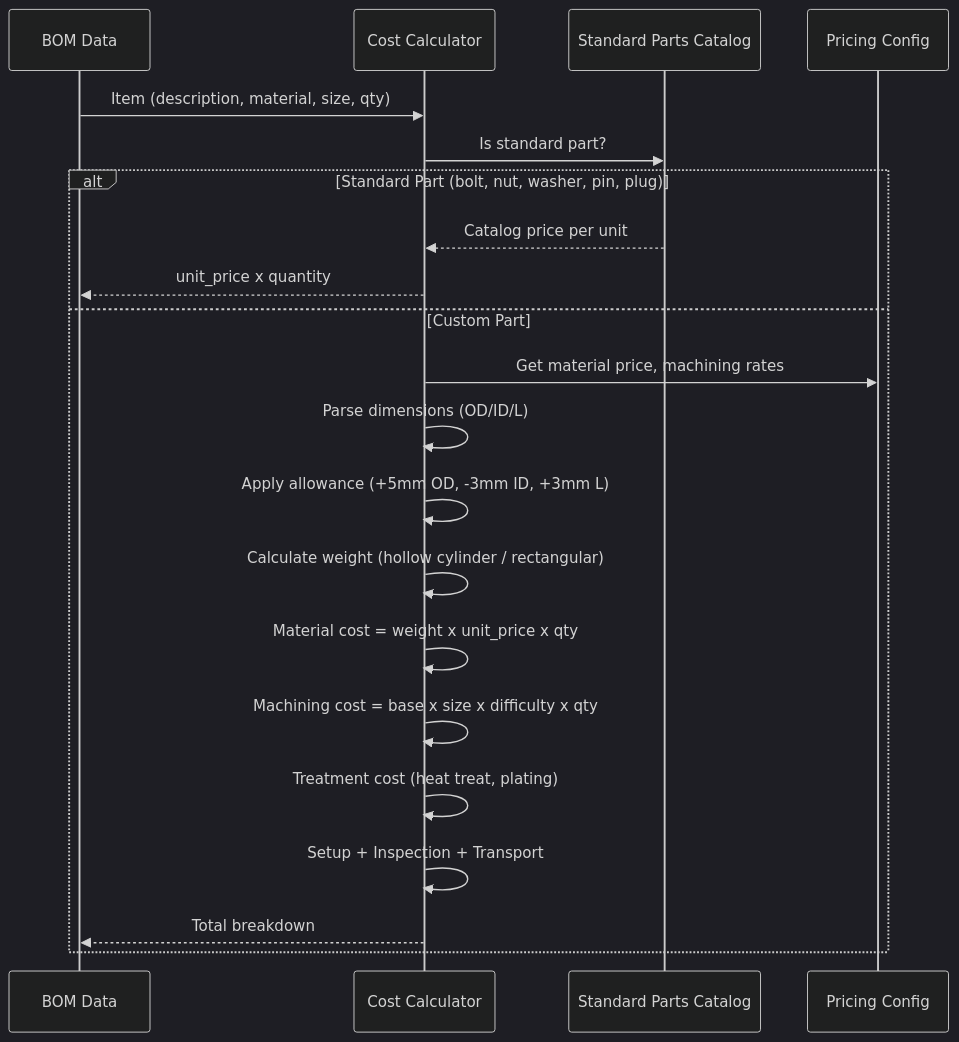
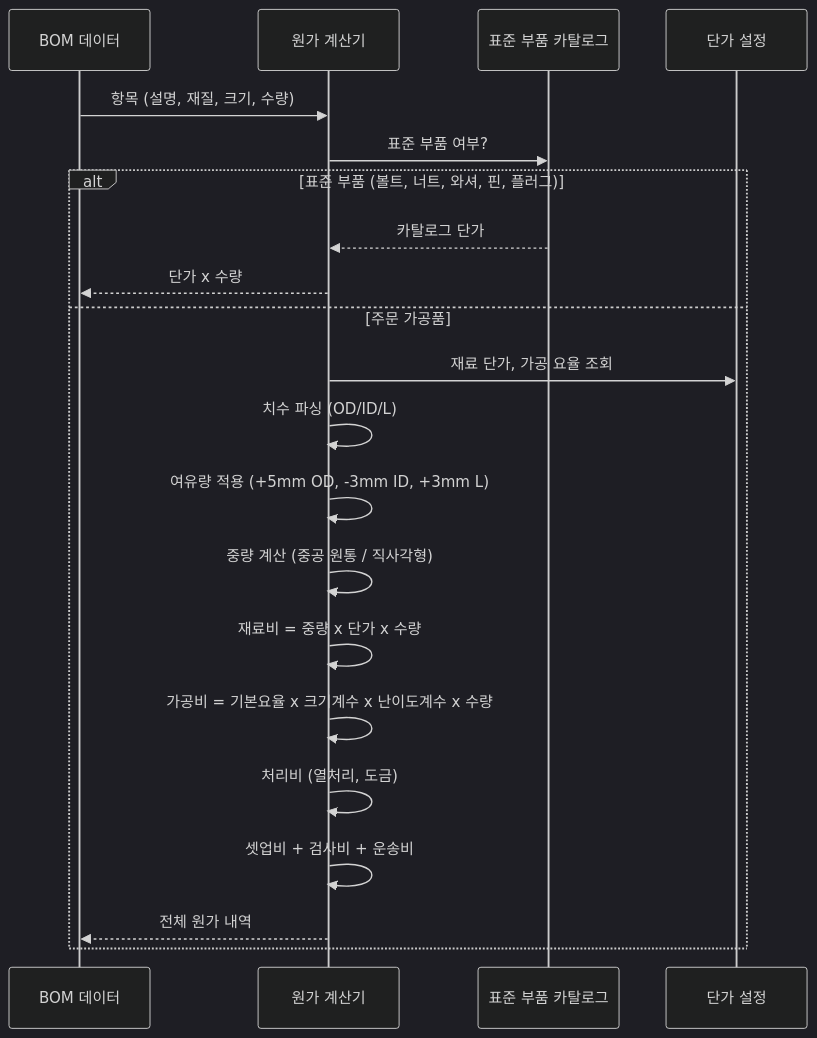
One commit to uprootai/AX_OCR changed the diagram in docs-site/docs/bom-generation/pricing-engine.md. Above: the diagram before and after it, drawn with Mermaid (dark theme). The commit also changed other lines of this file and 64 other files, not shown here.

````diff
--- a/docs-site/docs/bom-generation/pricing-engine.md
+++ b/docs-site/docs/bom-generation/pricing-engine.md
@@ -13,24 +13,24 @@
 ```mermaid
 sequenceDiagram
-    participant BOM as BOM Data
-    participant Engine as Cost Calculator
-    participant Catalog as Standard Parts Catalog
-    participant Config as Pricing Config
+    participant BOM as BOM 데이터
+    participant Engine as 원가 계산기
+    participant Catalog as 표준 부품 카탈로그
+    participant Config as 단가 설정
 
-    BOM->>Engine: Item (description, material, size, qty)
-    Engine->>Catalog: Is standard part?
-    alt Standard Part (bolt, nut, washer, pin, plug)
-        Catalog-->>Engine: Catalog price per unit
-        Engine-->>BOM: unit_price x quantity
-    else Custom Part
-        Engine->>Config: Get material price, machining rates
-        Engine->>Engine: Parse dimensions (OD/ID/L)
-        Engine->>Engine: Apply allowance (+5mm OD, -3mm ID, +3mm L)
-        Engine->>Engine: Calculate weight (hollow cylinder / rectangular)
-        Engine->>Engine: Material cost = weight x unit_price x qty
-        Engine->>Engine: Machining cost = base x size x difficulty x qty
-        Engine->>Engine: Treatment cost (heat treat, plating)
-        Engine->>Engine: Setup + Inspection + Transport
-        Engine-->>BOM: Total breakdown
+    BOM->>Engine: 항목 (설명, 재질, 크기, 수량)
+    Engine->>Catalog: 표준 부품 여부?
+    alt 표준 부품 (볼트, 너트, 와셔, 핀, 플러그)
+        Catalog-->>Engine: 카탈로그 단가
+        Engine-->>BOM: 단가 x 수량
+    else 주문 가공품
+        Engine->>Config: 재료 단가, 가공 요율 조회
+        Engine->>Engine: 치수 파싱 (OD/ID/L)
+        Engine->>Engine: 여유량 적용 (+5mm OD, -3mm ID, +3mm L)
+        Engine->>Engine: 중량 계산 (중공 원통 / 직사각형)
+        Engine->>Engine: 재료비 = 중량 x 단가 x 수량
+        Engine->>Engine: 가공비 = 기본요율 x 크기계수 x 난이도계수 x 수량
+        Engine->>Engine: 처리비 (열처리, 도금)
+        Engine->>Engine: 셋업비 + 검사비 + 운송비
+        Engine-->>BOM: 전체 원가 내역
     end
 ```
````
